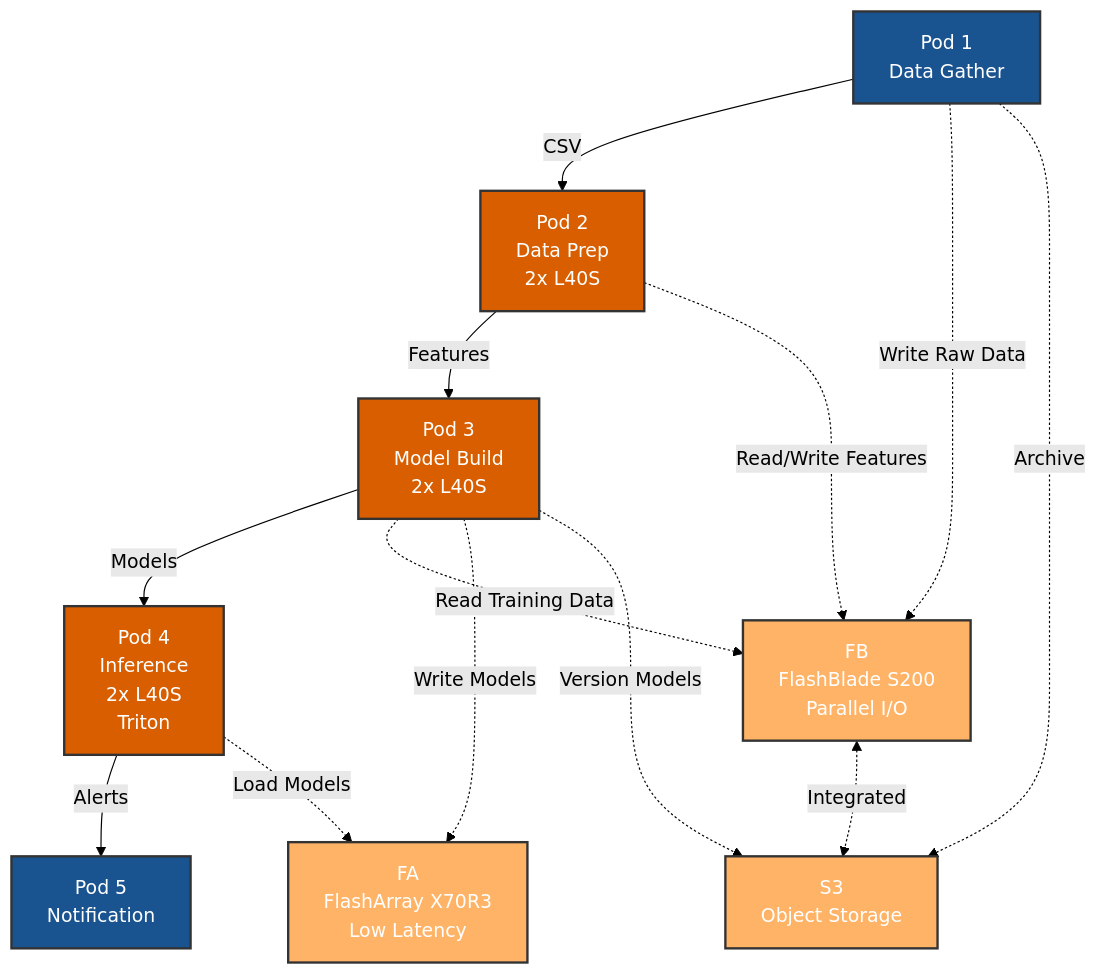
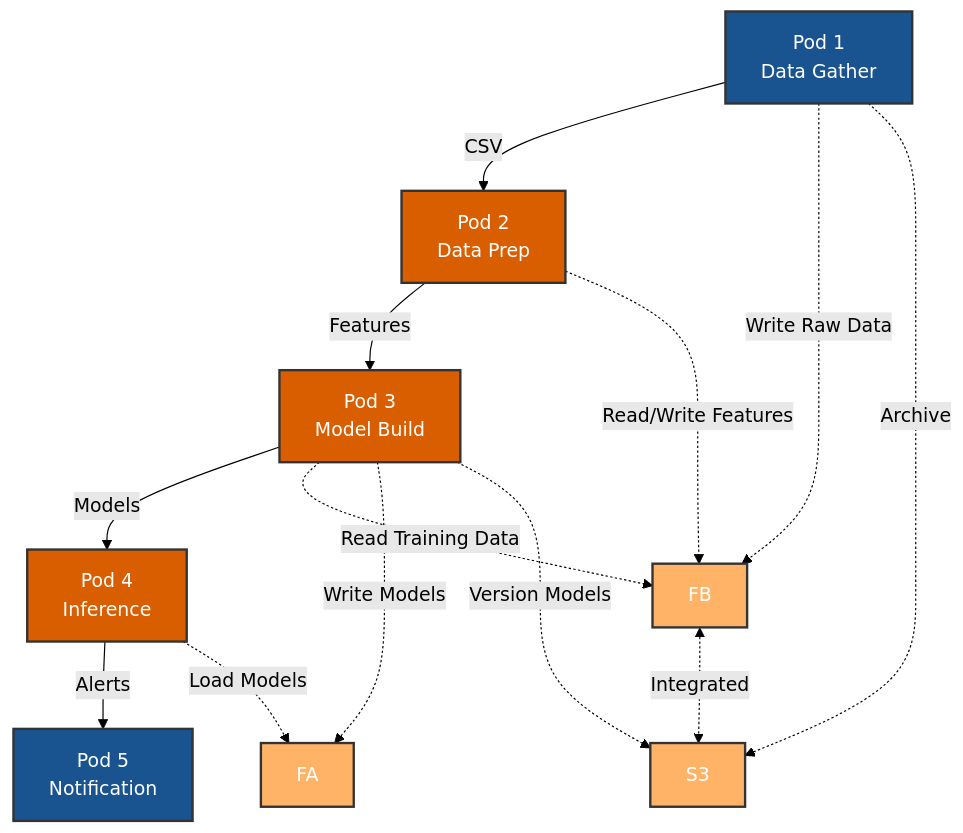
Before and after one commit to PureStorage-OpenConnect/fraud-detection-demo: the diagram in README.md, drawn with Mermaid (forest theme). The commit also changed other lines of this file and 3 other files, not shown here.

````diff
--- a/README.md
+++ b/README.md
@@ -19,25 +19,25 @@
 ```mermaid
 graph TB
-    A[Pod 1<br/>Data Gather] -->|CSV| C[Pod 2<br/>Data Prep<br/>2x L40S]
-    C -->|Features| D[Pod 3<br/>Model Build<br/>2x L40S]
-    D -->|Models| E[Pod 4<br/>Inference<br/>2x L40S<br/>Triton]
+    A[Pod 1<br/>Data Gather] -->|CSV| C[Pod 2<br/>Data Prep]
+    C -->|Features| D[Pod 3<br/>Model Build]
+    D -->|Models| E[Pod 4<br/>Inference]
     E -->|Alerts| F[Pod 5<br/>Notification]
     
-    A -.->|Write Raw Data| FB[FB<br/>FlashBlade S200<br/>Parallel I/O]
-    A -.->|Archive| S3[S3<br/>Object Storage]
+    A -.->|Write Raw Data| FB
+    A -.->|Archive| S3
     C -.->|Read/Write Features| FB
     D -.->|Read Training Data| FB
-    D -.->|Write Models| FA[FA<br/>FlashArray X70R3<br/>Low Latency]
+    D -.->|Write Models| FA
     D -.->|Version Models| S3
     E -.->|Load Models| FA
     FB <-.->|Integrated| S3
     
     style A fill:#1a5490,stroke:#333,stroke-width:2px,color:#fff
     style C fill:#d85e00,stroke:#333,stroke-width:2px,color:#fff
     style D fill:#d85e00,stroke:#333,stroke-width:2px,color:#fff
     style E fill:#d85e00,stroke:#333,stroke-width:2px,color:#fff
     style F fill:#1a5490,stroke:#333,stroke-width:2px,color:#fff
     style FA fill:#ffb366,stroke:#333,stroke-width:2px,color:#fff
     style FB fill:#ffb366,stroke:#333,stroke-width:2px,color:#fff
     style S3 fill:#ffb366,stroke:#333,stroke-width:2px,color:#fff
 ```
````
